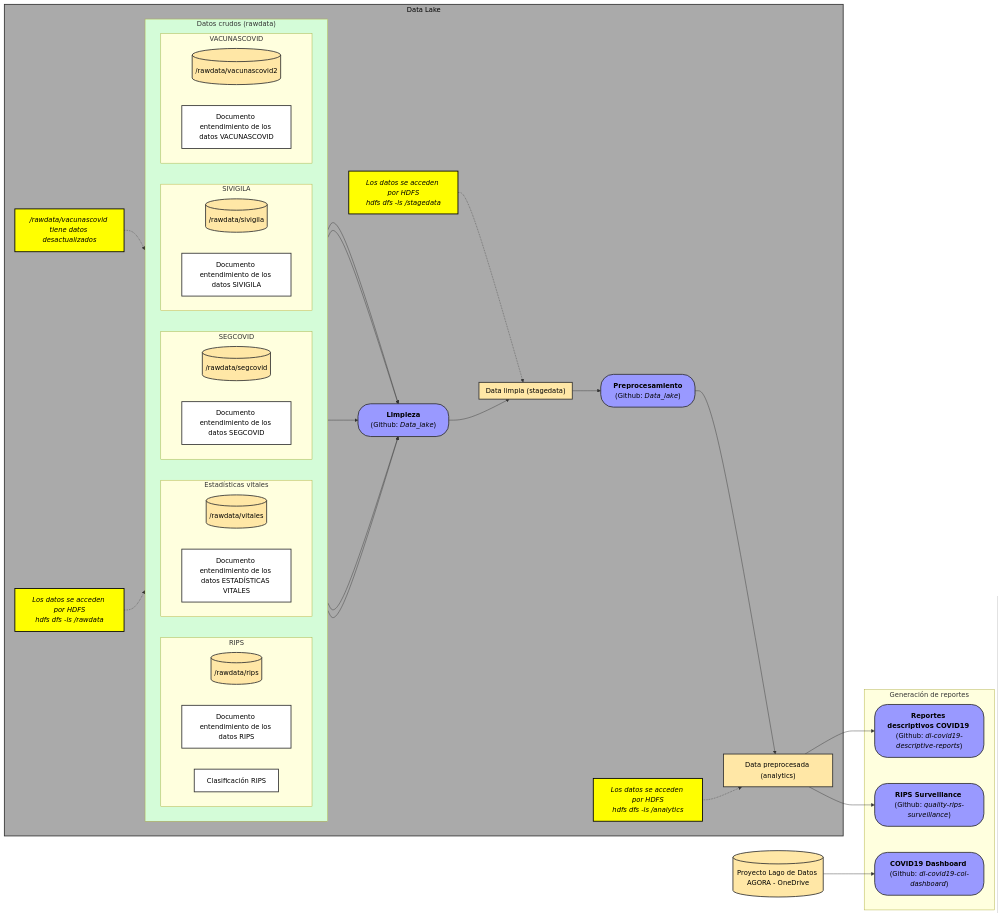
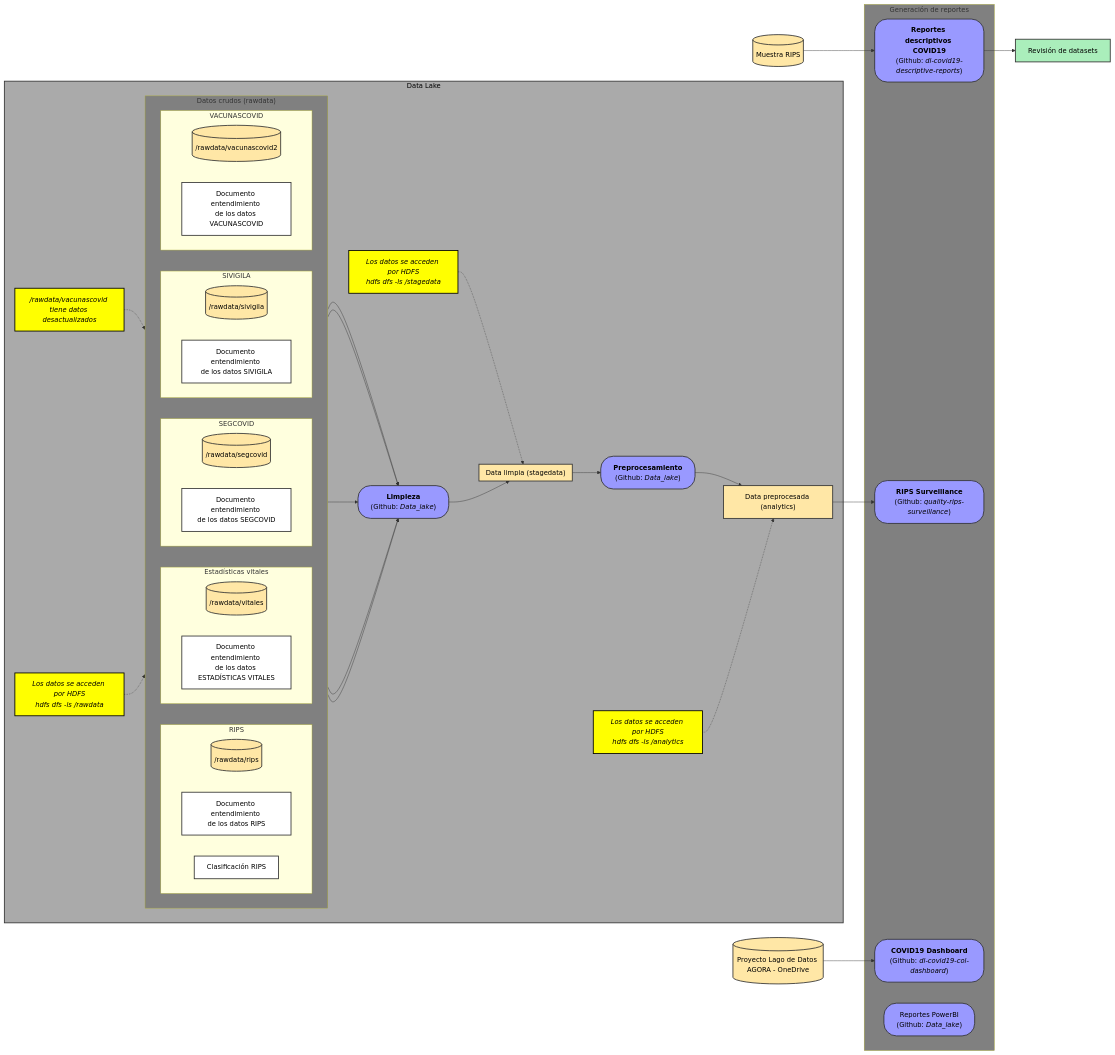
One commit to AGORA-COL/.github changed the diagram in profile/DataLake/FlujoDatos.md. Above: the diagram before and after it, drawn with Mermaid. The commit also changed 1 other file, not shown here.

````diff
--- a/profile/DataLake/FlujoDatos.md
+++ b/profile/DataLake/FlujoDatos.md
@@ -13,28 +13,33 @@
             subgraph A[RIPS]
                 direction LR
                 DATA_RIPS[("/rawdata/rips")]
-                DOC_RIPS["`Documento entendimiento de los datos RIPS`"]
+                DOC_RIPS["`Documento entendimiento 
+                de los datos RIPS`"]
                 CRIPS[Clasificación RIPS]
             end
             subgraph B[Estadísticas vitales]
                 direction LR
                 DATA_EV[("/rawdata/vitales")]
-                DOC_EV["`Documento entendimiento de los datos ESTADÍSTICAS VITALES`"]
+                DOC_EV["`Documento entendimiento 
+                de los datos ESTADÍSTICAS VITALES`"]
             end
             subgraph C[SEGCOVID]
                 direction LR
                 DATA_SEGCOVID[(/rawdata/segcovid)]
-                DOC_SEGCOVID["`Documento entendimiento de los datos SEGCOVID`"]
+                DOC_SEGCOVID["`Documento entendimiento 
+                de los datos SEGCOVID`"]
             end
             subgraph D[SIVIGILA]
                 direction LR
                 DATA_SIVIGILA[(/rawdata/sivigila)]
-                DOC_SIVIGILA["`Documento entendimiento de los datos SIVIGILA`"]
+                DOC_SIVIGILA["`Documento entendimiento 
+                de los datos SIVIGILA`"]
             end
             subgraph E[VACUNASCOVID]
                 direction LR
                 DATA_VACUNASCOVID[(/rawdata/vacunascovid2)]
-                DOC_VACUNASCOVID["`Documento entendimiento de los datos VACUNASCOVID`"]
+                DOC_VACUNASCOVID["`Documento entendimiento 
+                de los datos VACUNASCOVID`"]
             end
         end
 
@@ -44,7 +49,8 @@
         comm1 -.-> R
          
 
-        comm2["`/rawdata/vacunascovid tiene datos desactualizados`"]
+        comm2["`/rawdata/vacunascovid 
+        tiene datos desactualizados`"]
 
         comm2 -.-> DATA_VACUNASCOVID
 
@@ -79,23 +85,34 @@
         comm4 -.-> AN
     end
     
-    AN --> RD
+    %% AN --> RD
+    RIPS_MUESTRA --> RD
     AN --> RS
 
 
     OD[("`Proyecto Lago de Datos AGORA - OneDrive`")]
+    RIPS_MUESTRA[("`Muestra RIPS`")]
 
     OD --> DB
+    
 
     subgraph G[Generación de reportes]
-        RD["`**Reportes descriptivos COVID19** (Github: *dl-covid19-descriptive-reports*)`"]
-        RS["`**RIPS Surveillance** (Github: *quality-rips-surveillance*)
+        RD["`**Reportes descriptivos 
+        COVID19**
+        (Github: *dl-covid19-descriptive-reports*)`"]
+        RS["`**RIPS Surveillance**
+        (Github: *quality-rips-surveillance*)`"]
+        DB["`**COVID19 Dashboard**
+        (Github: *dl-covid19-col-dashboard*)`"]
+        PBI["`Reportes PowerBI
+        (Github: *Data_lake*)
         `"]
-        DB["`**COVID19 Dashboard** (Github: *dl-covid19-col-dashboard*)`"]
     end
 
 
-    
+    RD --> RevDS
+
+    RevDS["Revisión de datasets"]
 
 
     classDef data fill:#ffe7a6,stroke:#333,stroke-width:2px,color:#000,rx:0,ry:0;
@@ -106,17 +123,17 @@
     classDef report fill:#aeb,stroke:#333,stroke-width:2px,color:#000;
     classDef paragraph fill:white,stroke:white;
     classDef comment fill:yellow,stroke:black,color:black,stroke-width:2px,font-style:italic
-    classDef container fill:#d4fcd8
+    classDef container fill:gray
 
 
     class CRIPS,DOC_RIPS,DOC_EV,DOC_SEGCOVID,DOC_SIVIGILA,DOC_VACUNASCOVID doc;
     class DATA_RIPS,DATA_EV,DATA_SEGCOVID,DATA_SIVIGILA,DATA_VACUNASCOVID data;
-    class R container;
+    class R,G container;
     class DL repository;
-    class L,P process;
-    class DP,OD,AN data;
-    class RD,DB,RS process;
+    class DP,OD,AN,RIPS_MUESTRA data;
+    class L,P,PBI,RD,DB,RS process;
     class comm1,comm2,comm3,comm4 comment;
+    class RevDS report;
 
     click L "https://github.com/AGORA-COL/Data_lake"
     click P "https://github.com/AGORA-COL/Data_lake"
@@ -134,4 +151,10 @@
     click RS "https://github.com/AGORA-COL/quality-rips-surveillance"
 
     click OD "https://livejaverianaedu-my.sharepoint.com/personal/jemurillo_javeriana_edu_co/_layouts/15/onedrive.aspx?e=5%3Aa55942a7bb4246b7b87344e4c2d263b8&sharingv2=true&fromShare=true&at=9&CT=1727201099492&OR=OWA%2DNT%2DMail&CID=737d02ea%2Df0eb%2Df341%2Df361%2D9bbdab61b3a7&id=%2Fpersonal%2Fjemurillo%5Fjaveriana%5Fedu%5Fco%2FDocuments%2FJAVERIANA%2FProyecto%20AGORA%2FProyecto%20lago%20de%20datos%20AGORA&FolderCTID=0x012000FE02BE409825504DAFD5FA09F3B44529&view=0"
+
+    click RIPS_MUESTRA "https://livejaverianaedu-my.sharepoint.com/personal/jemurillo_javeriana_edu_co/_layouts/15/onedrive.aspx?e=5%3Aa55942a7bb4246b7b87344e4c2d263b8&sharingv2=true&fromShare=true&at=9&CT=1727201099492&OR=OWA-NT-Mail&CID=737d02ea-f0eb-f341-f361-9bbdab61b3a7&id=%2Fpersonal%2Fjemurillo_javeriana_edu_co%2FDocuments%2FJAVERIANA%2FProyecto%20AGORA%2FProyecto%20lago%20de%20datos%20AGORA%2FRIPS-%20Rutina%20clasificaci%C3%B3n%2Fdata&FolderCTID=0x012000FE02BE409825504DAFD5FA09F3B44529&view=0"
+
+    click PBI "https://github.com/AGORA-COL/Data_lake/tree/main/Notebooks/PowerBI"
+
+    click RevDS "https://drive.google.com/drive/folders/1_keziEHX_UJUSq2jJeK7qCer3D5KFRW_"
 ```
````
